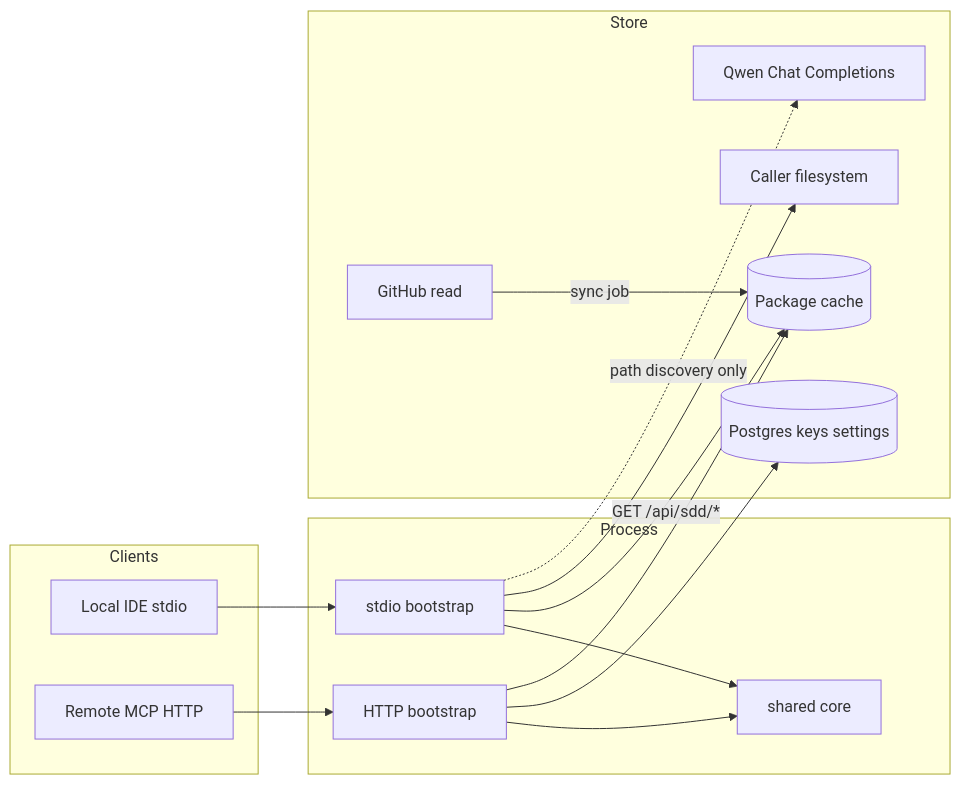
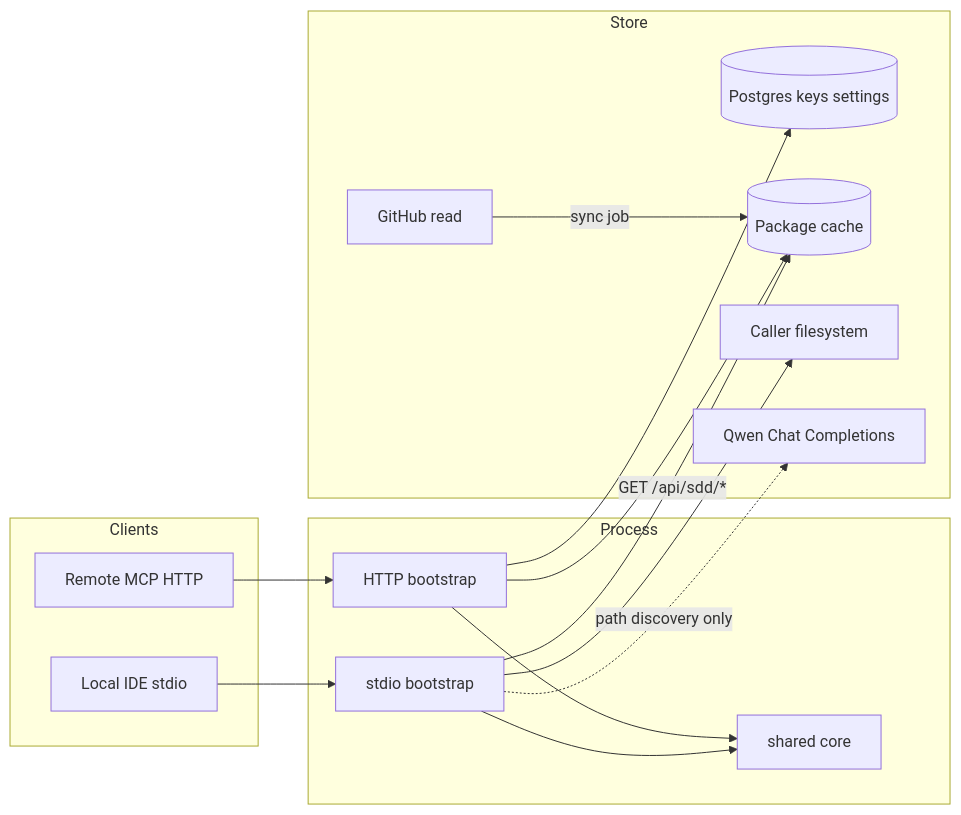
Before and after one commit to ethanhuangcst/workspace.framework.sdd.works: the second of 3 diagrams in specs/mcp/mcp-design.md, drawn with Mermaid. The commit also changed other lines of this file and 25 other files, not shown here.

````diff
--- a/specs/mcp/mcp-design.md
+++ b/specs/mcp/mcp-design.md
@@ -30,27 +123,27 @@
 ```mermaid
 flowchart LR
   subgraph Clients
     StdioHost[Local IDE stdio]
     HttpHost[Remote MCP HTTP]
   end
   subgraph Process
     Stdio[stdio bootstrap]
     Http[HTTP bootstrap]
     Core[shared core]
   end
   subgraph Store
     PG[(Postgres keys settings)]
     Cache[(Package cache)]
     GH[GitHub read]
     FS[Caller filesystem]
     Qwen[Qwen Chat Completions]
   end
-  StdioHost --> Stdio --> Core
   HttpHost --> Http --> Core
   Http --> PG
   Http --> Cache
+  StdioHost --> Stdio --> Core
   GH -->|sync job| Cache
   Stdio -->|GET /api/sdd/*| Cache
   Stdio --> FS
   Stdio -.->|path discovery only| Qwen
 ```
````
